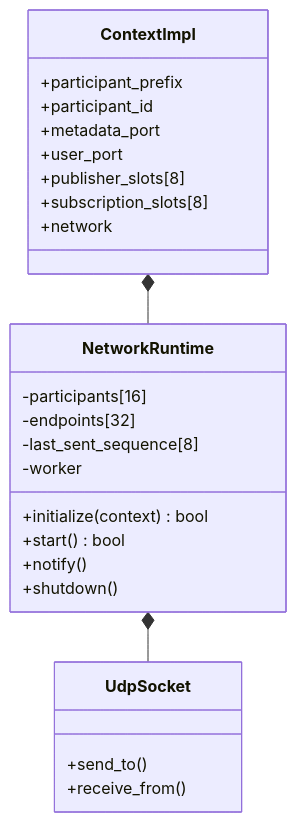
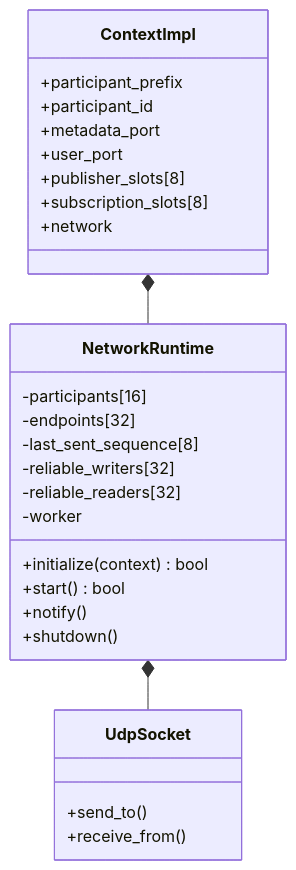
Before and after one commit to indrakanti/openRTDDS: diagram 13 of 18 in docs/design/ros2-rmw/detailed-design.md, drawn with Mermaid. The commit also changed other lines of this file and 18 other files, not shown here.

````diff
--- a/docs/design/ros2-rmw/detailed-design.md
+++ b/docs/design/ros2-rmw/detailed-design.md
@@ -837,28 +839,30 @@
 ```mermaid
 classDiagram
     class ContextImpl {
       +participant_prefix
       +participant_id
       +metadata_port
       +user_port
       +publisher_slots[8]
       +subscription_slots[8]
       +network
     }
     class NetworkRuntime {
       +initialize(context) bool
       +start() bool
       +notify()
       +shutdown()
       -participants[16]
       -endpoints[32]
       -last_sent_sequence[8]
+      -reliable_writers[32]
+      -reliable_readers[32]
       -worker
     }
     class UdpSocket {
       +send_to()
       +receive_from()
     }
     ContextImpl *-- NetworkRuntime
     NetworkRuntime *-- UdpSocket
 ```
````
